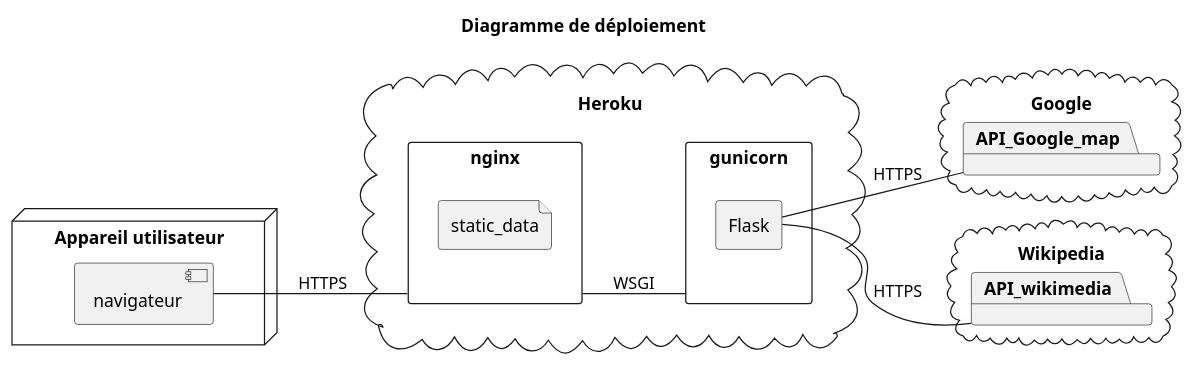
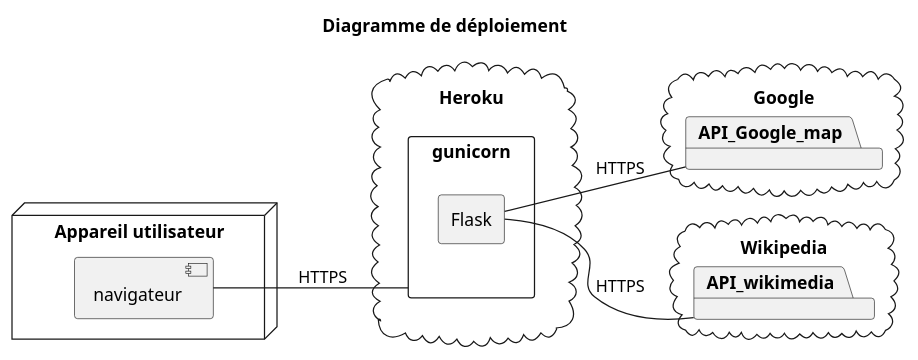
Before and after one commit to Zepmanbc/oc_dapython_pr7: the diagram in doc/uml/07_deployment.puml, drawn with PlantUML. The commit also changed 18 other files, not shown here.

Commit message:
rédaction du doc de soutenance corection d'orthographe mise à jourd des diagrammes

```diff
--- a/doc/uml/07_deployment.puml
+++ b/doc/uml/07_deployment.puml
@@ -1,32 +1,28 @@
 @startuml 07_deployment
 title Diagramme de déploiement
 
 left to right direction
 
 node "Appareil utilisateur"{
     component navigateur
 }
 
 cloud Heroku{
     rectangle gunicorn{
         rectangle Flask
     }
-    rectangle nginx{
-        file static_data
-    }
 }
 
 cloud Google{
     package API_Google_map
 }
 
 cloud Wikipedia{
     package API_wikimedia
 }
 
-nginx -- gunicorn : WSGI
-navigateur -- nginx : HTTPS
+navigateur -- gunicorn : HTTPS
 Flask -- API_Google_map : HTTPS
 Flask -- API_wikimedia : HTTPS
 
 @enduml
```
